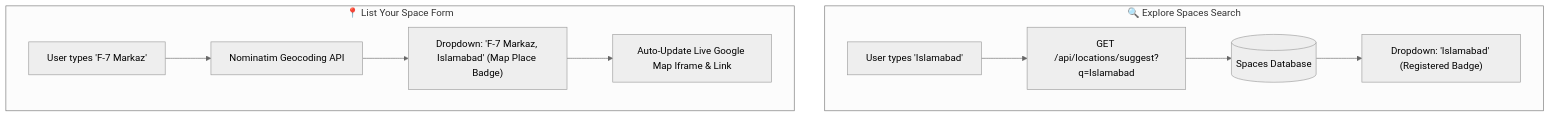
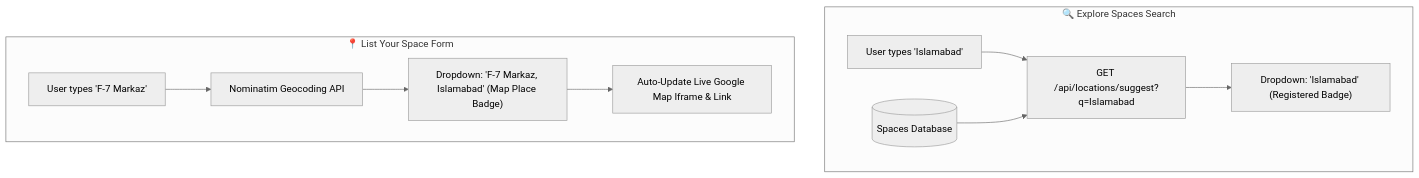
The sixth of 8 diagrams in README.md (Abubakkar-Khan/coworkconnect), drawn with Mermaid (neutral theme) before and after one commit. The commit also changed other lines of this file and 16 other files, not shown here.

````diff
--- a/README.md
+++ b/README.md
@@ -334,14 +356,14 @@
 ```mermaid
 flowchart TD
     subgraph SearchInput["🔍 Explore Spaces Search"]
         S_Input[User types 'Islamabad'] --> S_API["GET /api/locations/suggest?q=Islamabad"]
-        S_API --> S_DB[(Spaces Database)]
-        S_DB --> S_Dropdown["Dropdown: 'Islamabad' (Registered Badge)"]
+        S_DB[(Spaces Database)] --> S_API
+        S_API --> S_Dropdown["Dropdown: 'Islamabad' (Registered Badge)"]
     end
 
     subgraph ListingInput["📍 List Your Space Form"]
         L_Input[User types 'F-7 Markaz'] --> L_Geo["Nominatim Geocoding API"]
         L_Geo --> L_Dropdown["Dropdown: 'F-7 Markaz, Islamabad' (Map Place Badge)"]
         L_Dropdown --> L_Map["Auto-Update Live Google Map Iframe & Link"]
     end
 ```
````
